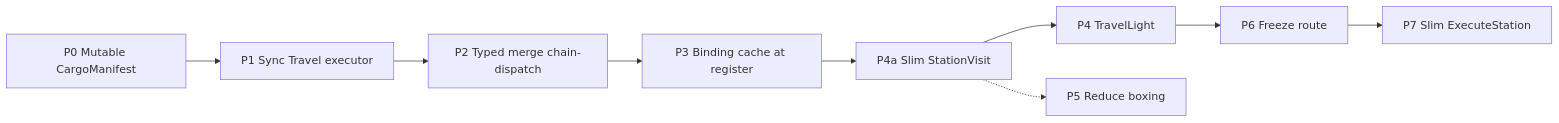
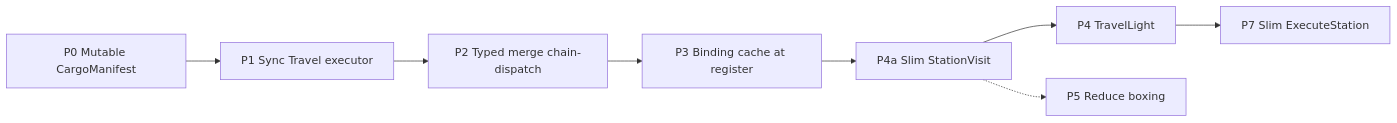
One commit to moragfullrest-cmyk/TrainOP changed the second of 2 diagrams in docs/plan-performance.md. Above: the diagram before and after it, drawn with Mermaid. The commit also changed other lines of this file and 82 other files, not shown here.

````diff
--- a/docs/plan-performance.md
+++ b/docs/plan-performance.md
@@ -101,14 +101,13 @@
 ```mermaid
 flowchart LR
   P0[P0 Mutable CargoManifest]
   P1[P1 Sync Travel executor]
   P2[P2 Typed merge chain-dispatch]
   P3[P3 Binding cache at register]
   P4a[P4a Slim StationVisit]
   P4[P4 TravelLight]
-  P6[P6 Freeze route]
   P7[P7 Slim ExecuteStation]
   P5[P5 Reduce boxing]
-  P0 --> P1 --> P2 --> P3 --> P4a --> P4 --> P6 --> P7
+  P0 --> P1 --> P2 --> P3 --> P4a --> P4 --> P7
   P4a -.-> P5
 ```
````
